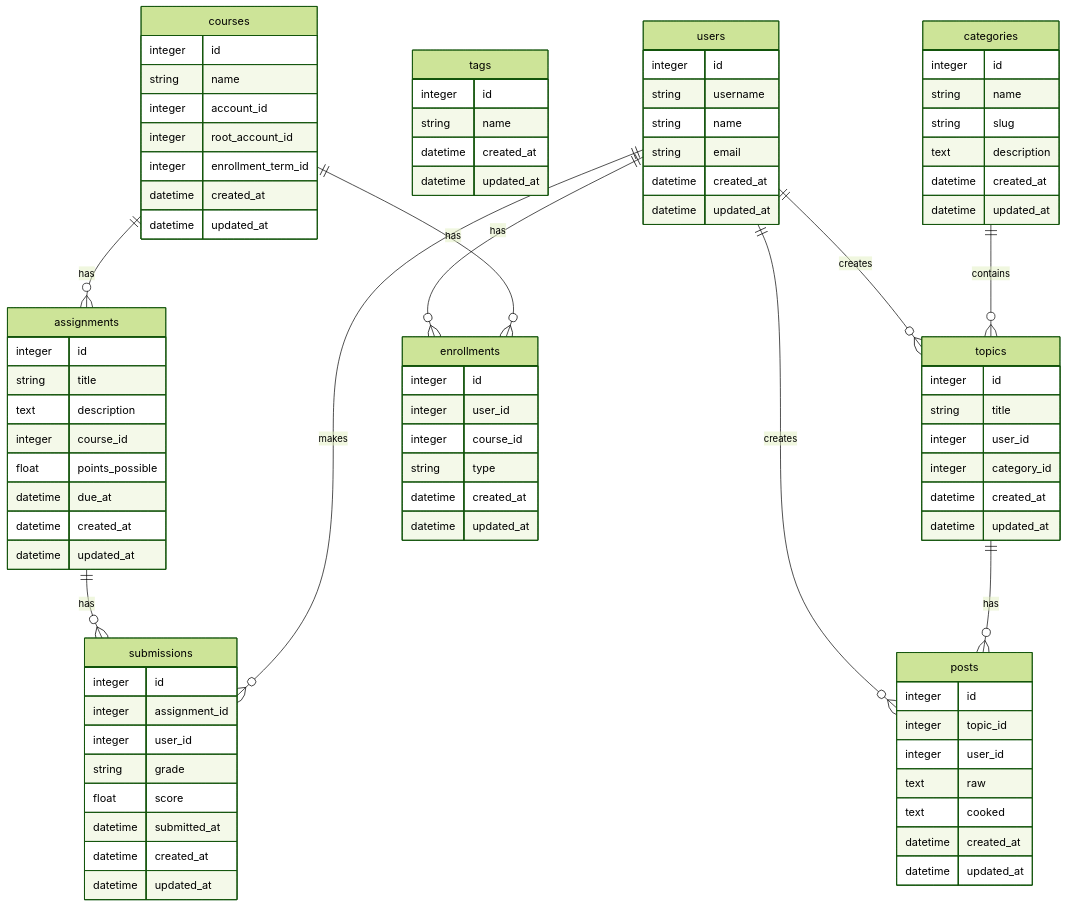
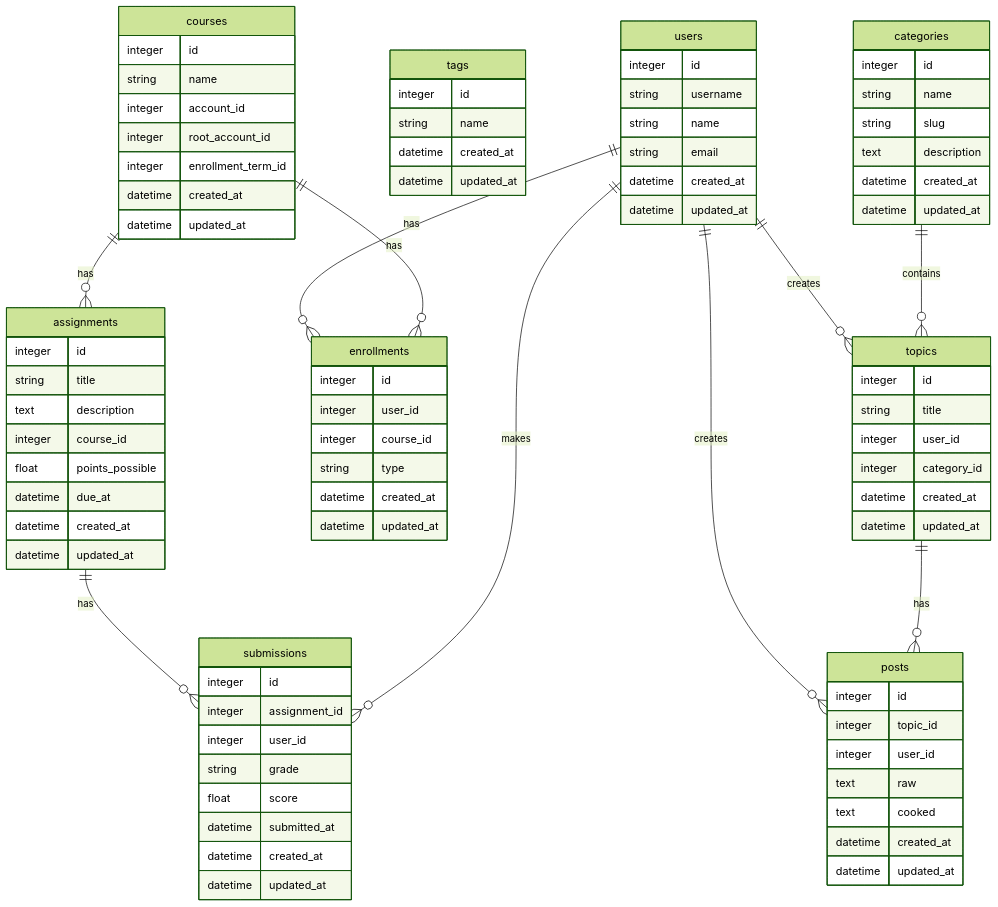
One commit to ordokr/LMS changed the diagram in docs/visualizations/source_db_schema/source_db_schema.md. Above: the diagram before and after it, drawn with Mermaid (forest theme). The commit also changed other lines of this file and 221 other files, not shown here.

````diff
--- a/docs/visualizations/source_db_schema/source_db_schema.md
+++ b/docs/visualizations/source_db_schema/source_db_schema.md
@@ -3,10 +3,30 @@
 ```mermaid
 erDiagram
-    users {
+    assignments {
         integer id
-        string username
+        string title
+        text description
+        integer course_id
+        float points_possible
+        datetime due_at
+        datetime created_at
+        datetime updated_at
+    }
+    posts {
+        integer id
+        integer topic_id
+        integer user_id
+        text raw
+        text cooked
+        datetime created_at
+        datetime updated_at
+    }
+    courses {
+        integer id
         string name
-        string email
+        integer account_id
+        integer root_account_id
+        integer enrollment_term_id
         datetime created_at
         datetime updated_at
     }
@@ -16,13 +36,27 @@
         datetime created_at
         datetime updated_at
     }
-    assignments {
+    users {
+        integer id
+        string username
+        string name
+        string email
+        datetime created_at
+        datetime updated_at
+    }
+    enrollments {
+        integer id
+        integer user_id
+        integer course_id
+        string type
+        datetime created_at
+        datetime updated_at
+    }
+    topics {
         integer id
         string title
-        text description
-        integer course_id
-        float points_possible
-        datetime due_at
+        integer user_id
+        integer category_id
         datetime created_at
         datetime updated_at
     }
@@ -36,45 +70,11 @@
         datetime created_at
         datetime updated_at
     }
-    topics {
-        integer id
-        string title
-        integer user_id
-        integer category_id
-        datetime created_at
-        datetime updated_at
-    }
-    posts {
-        integer id
-        integer topic_id
-        integer user_id
-        text raw
-        text cooked
-        datetime created_at
-        datetime updated_at
-    }
-    enrollments {
-        integer id
-        integer user_id
-        integer course_id
-        string type
-        datetime created_at
-        datetime updated_at
-    }
     categories {
         integer id
         string name
         string slug
         text description
-        datetime created_at
-        datetime updated_at
-    }
-    courses {
-        integer id
-        string name
-        integer account_id
-        integer root_account_id
-        integer enrollment_term_id
         datetime created_at
         datetime updated_at
     }
````
